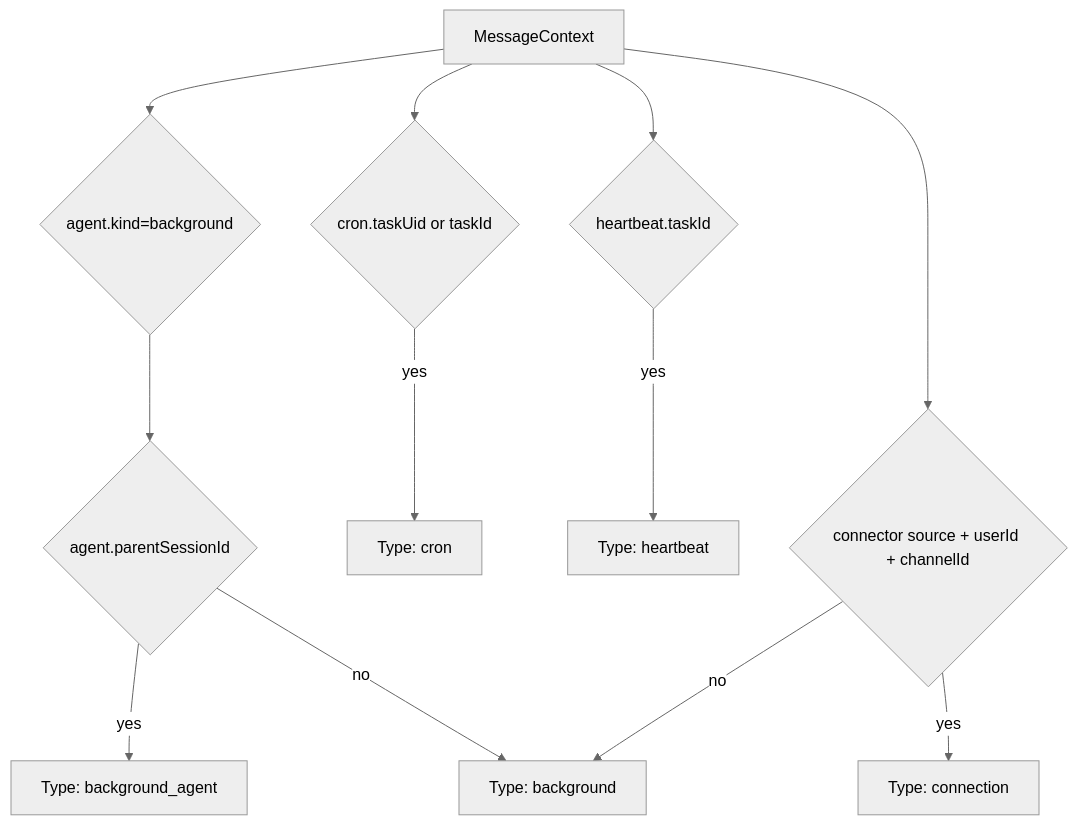
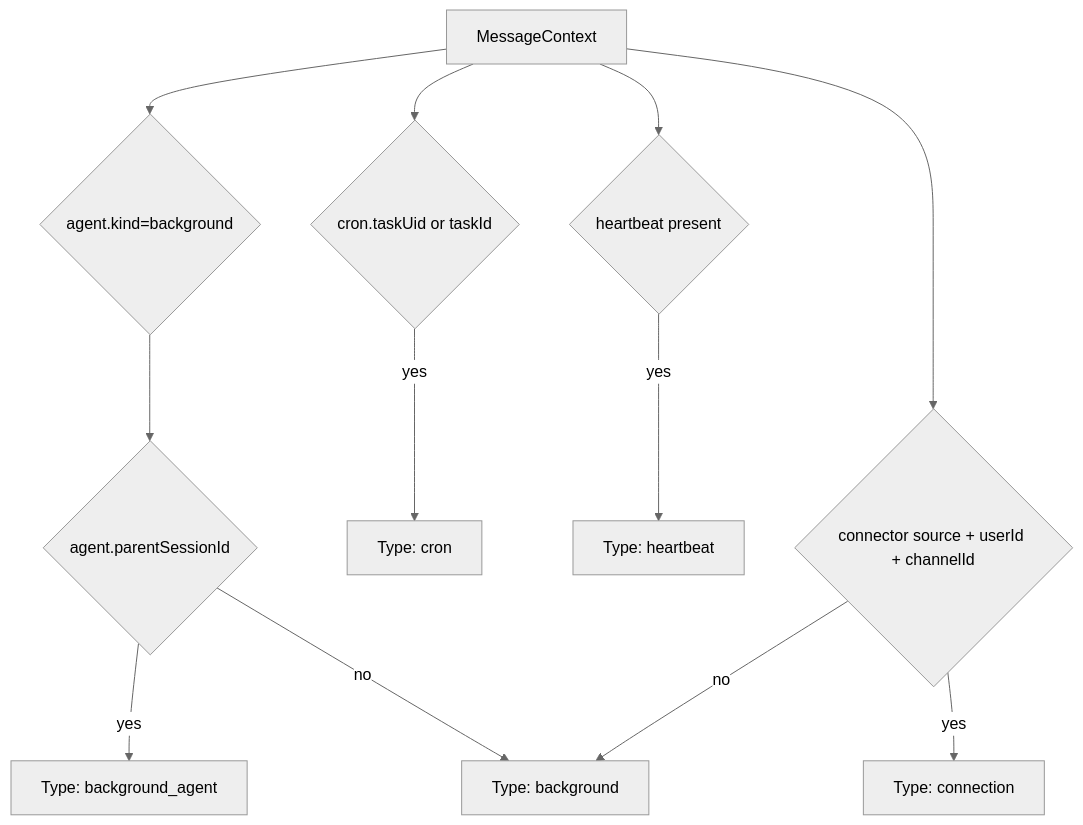
One commit to ex3ndr/claybot changed the third of 7 diagrams in docs/dashboard.md. Above: the diagram before and after it, drawn with Mermaid (neutral theme). The commit also changed 5 other files, not shown here.

````diff
--- a/docs/dashboard.md
+++ b/docs/dashboard.md
@@ -35,14 +35,14 @@
 ```mermaid
 flowchart TD
   Context[MessageContext] --> Cron{cron.taskUid or taskId}
-  Context --> Heartbeat{heartbeat.taskId}
+  Context --> Heartbeat{heartbeat present}
   Context --> Agent{agent.kind=background}
   Context --> Connection{connector source + userId + channelId}
   Cron -->|yes| CronType[Type: cron]
   Heartbeat -->|yes| HeartbeatType[Type: heartbeat]
   Agent --> Parent{agent.parentSessionId}
   Parent -->|yes| BackgroundAgent[Type: background_agent]
   Parent -->|no| Background[Type: background]
   Connection -->|yes| ConnectionType[Type: connection]
   Connection -->|no| Background
 ```
````
